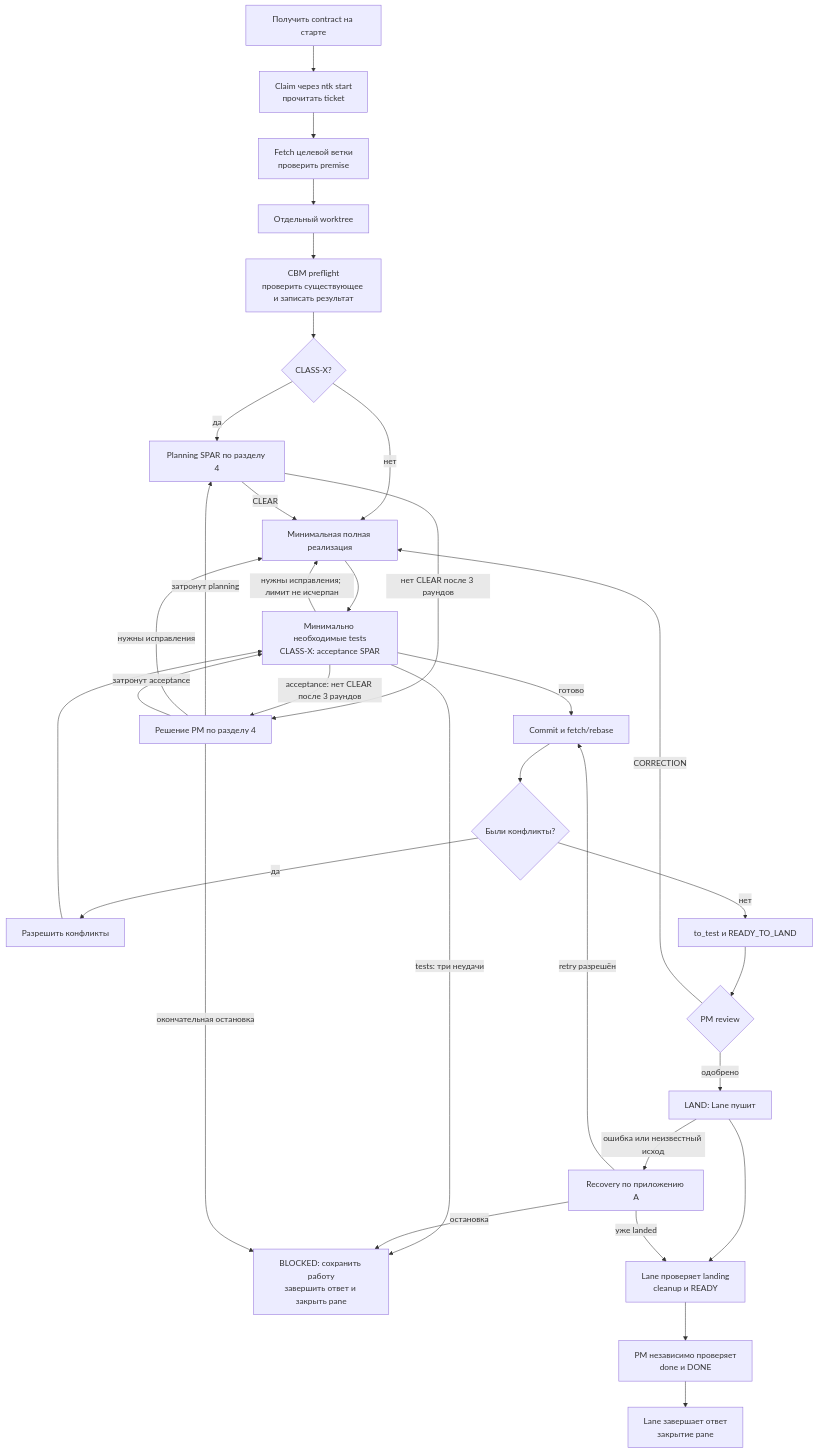
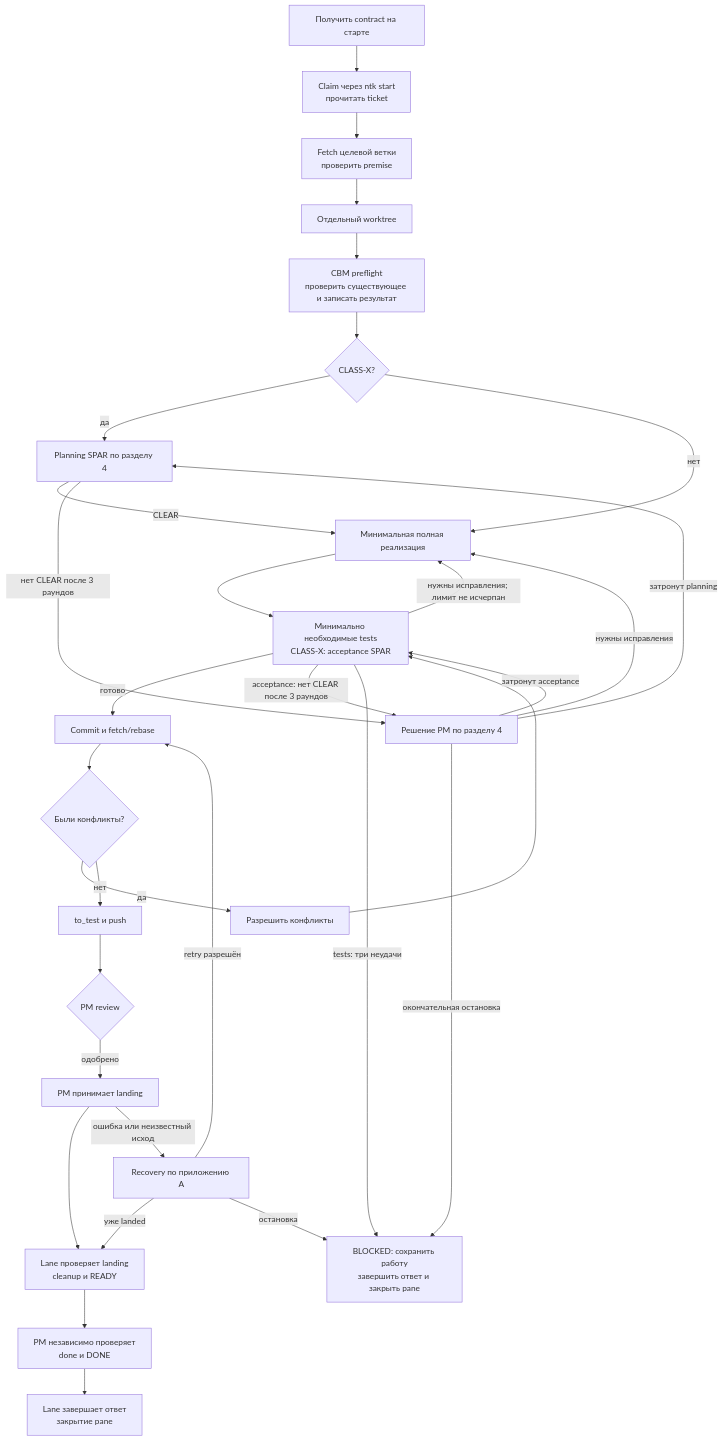
Before and after one commit to skopanev/contract: the first of 3 diagrams in README.md, drawn with Mermaid. The commit also changed other lines of this file, not shown here.

Commit message:
chore: remove permit and correction mentions, align panel rounds

````diff
--- a/README.md
+++ b/README.md
@@ -73,35 +73,34 @@
 ```mermaid
 flowchart TD
     A[Получить contract на старте] --> B[Claim через ntk start<br/>прочитать ticket]
     B --> C[Fetch целевой ветки<br/>проверить premise]
     C --> D[Отдельный worktree]
     D --> CBM[CBM preflight<br/>проверить существующее и записать результат]
     CBM --> E{CLASS-X?}
     E -->|да| F[Planning SPAR по разделу 4]
     E -->|нет| G[Минимальная полная реализация]
     F -->|CLEAR| G
     F -->|нет CLEAR после 3 раундов| Q[Решение PM по разделу 4]
     G --> H[Минимально необходимые tests<br/>CLASS-X: acceptance SPAR]
     H -->|готово| I[Commit и fetch/rebase]
     H -->|нужны исправления; лимит не исчерпан| G
     H -->|acceptance: нет CLEAR после 3 раундов| Q
     H -->|tests: три неудачи| S
     I --> J{Были конфликты?}
     J -->|да| K[Разрешить конфликты]
     K --> H
-    J -->|нет| L[to_test и READY_TO_LAND]
+    J -->|нет| L[to_test и push]
     L --> M{PM review}
-    M -->|CORRECTION| G
-    M -->|одобрено| N[LAND: Lane пушит]
+    M -->|одобрено| N[PM принимает landing]
     N --> O[Lane проверяет landing<br/>cleanup и READY]
     O --> P[PM независимо проверяет<br/>done и DONE]
     P --> Z[Lane завершает ответ<br/>закрытие pane]
     N -->|ошибка или неизвестный исход| R[Recovery по приложению A]
     R -->|retry разрешён| I
     R -->|уже landed| O
     R -->|остановка| S[BLOCKED: сохранить работу<br/>завершить ответ и закрыть pane]
     Q -->|затронут planning| F
     Q -->|нужны исправления| G
     Q -->|затронут acceptance| H
     Q -->|окончательная остановка| S
 ```
````
